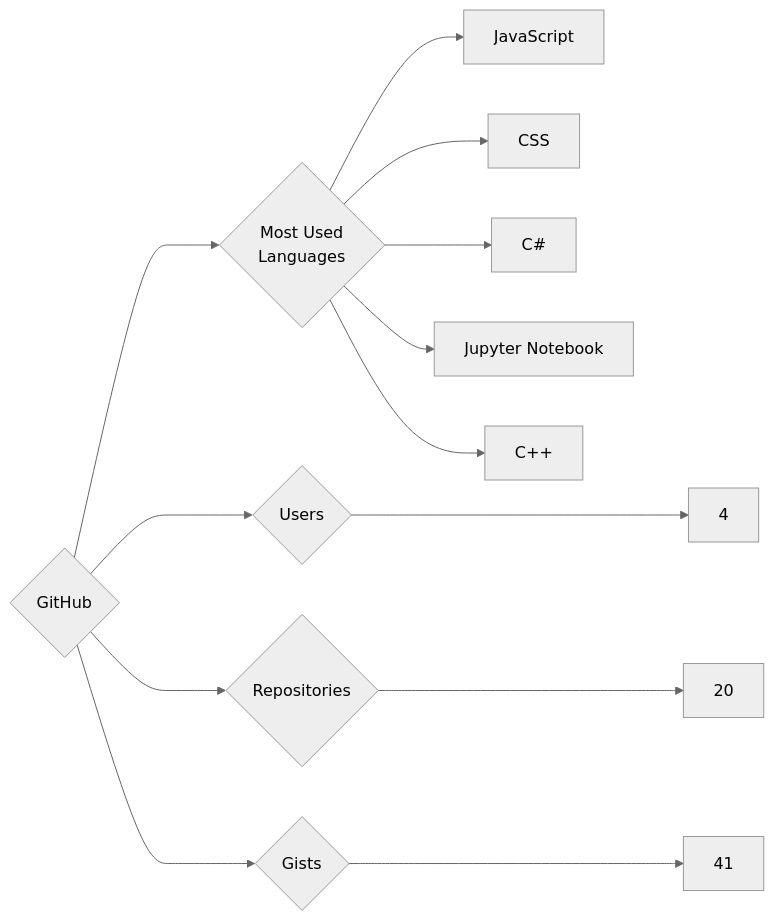
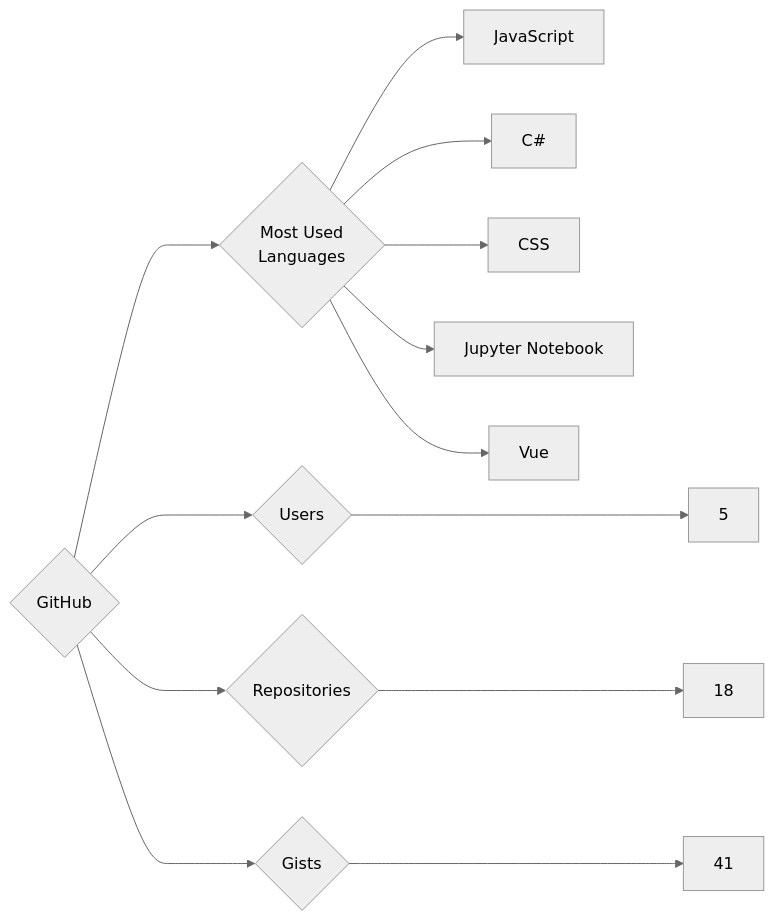
The diagram in targets/GitHub/README.md (trickest/insiders), drawn with Mermaid (neutral theme) before and after one commit. The commit also changed 1088 other files, not shown here.

````diff
--- a/targets/GitHub/README.md
+++ b/targets/GitHub/README.md
@@ -3,13 +3,13 @@
 ```mermaid
 graph LR
 COMPANY_NAME{GitHub}
-COMPANY_NAME ---> U{Users} ---> UN[4]
-COMPANY_NAME ---> R{Repositories} ---> RN[20]
+COMPANY_NAME ---> U{Users} ---> UN[5]
+COMPANY_NAME ---> R{Repositories} ---> RN[18]
 COMPANY_NAME ---> G{Gists} ---> GN[41]
 COMPANY_NAME ---> ML{Most Used<br>Languages}
 ML --> JavaScript[JavaScript]
+ML --> C#[C#]
 ML --> CSS[CSS]
-ML --> C#[C#]
 ML --> Jupyter_Notebook[Jupyter Notebook]
-ML --> C++[C++]
+ML --> Vue[Vue]
 ```
````
